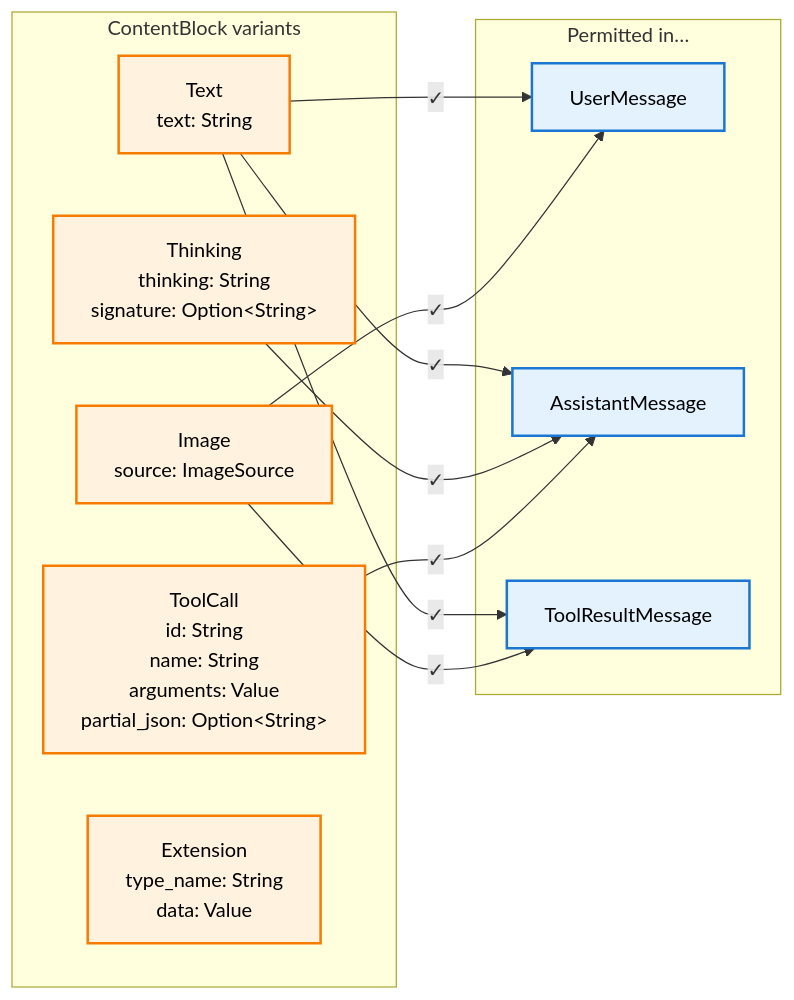
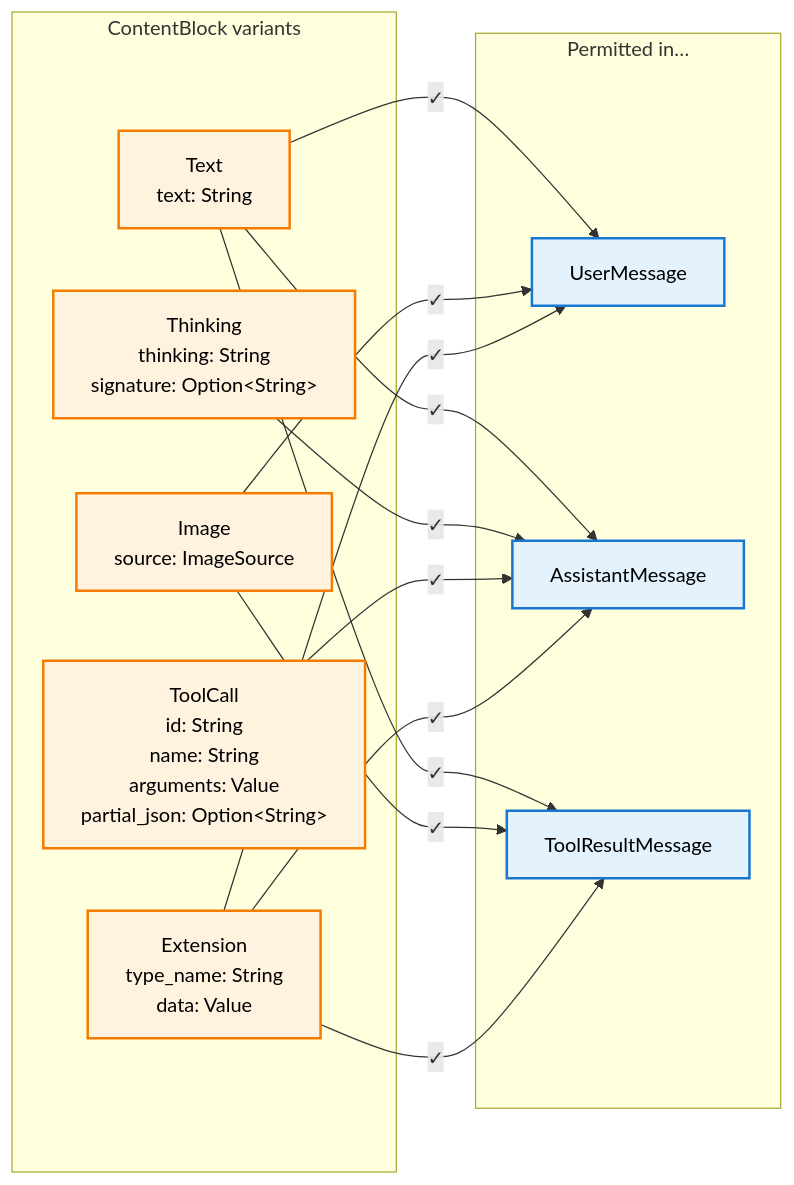
The third of 4 diagrams in docs/architecture/data-model/README.md (SuperSwinkAI/Swink-Agent), drawn with Mermaid before and after one commit. The commit also changed other lines of this file and 82 other files, not shown here.

````diff
--- a/docs/architecture/data-model/README.md
+++ b/docs/architecture/data-model/README.md
@@ -145,30 +145,33 @@
 ```mermaid
 flowchart LR
     subgraph Variants["ContentBlock variants"]
         Text["Text<br/>text: String"]
         Thinking["Thinking<br/>thinking: String<br/>signature: Option&lt;String&gt;"]
         ToolCall["ToolCall<br/>id: String<br/>name: String<br/>arguments: Value<br/>partial_json: Option&lt;String&gt;"]
         Image["Image<br/>source: ImageSource"]
         Extension["Extension<br/>type_name: String<br/>data: Value"]
     end
 
     subgraph Permitted["Permitted in…"]
         InUser["UserMessage"]
         InAssistant["AssistantMessage"]
         InToolResult["ToolResultMessage"]
     end
 
     Text -->|"✓"| InUser
     Text -->|"✓"| InAssistant
     Text -->|"✓"| InToolResult
     Thinking -->|"✓"| InAssistant
     ToolCall -->|"✓"| InAssistant
     Image -->|"✓"| InUser
     Image -->|"✓"| InToolResult
+    Extension -->|"✓"| InUser
+    Extension -->|"✓"| InAssistant
+    Extension -->|"✓"| InToolResult
 
     classDef blockStyle fill:#fff3e0,stroke:#f57c00,stroke-width:2px,color:#000
     classDef msgStyle fill:#e3f2fd,stroke:#1976d2,stroke-width:2px,color:#000
 
     class Text,Thinking,ToolCall,Image,Extension blockStyle
     class InUser,InAssistant,InToolResult msgStyle
 ```
````
